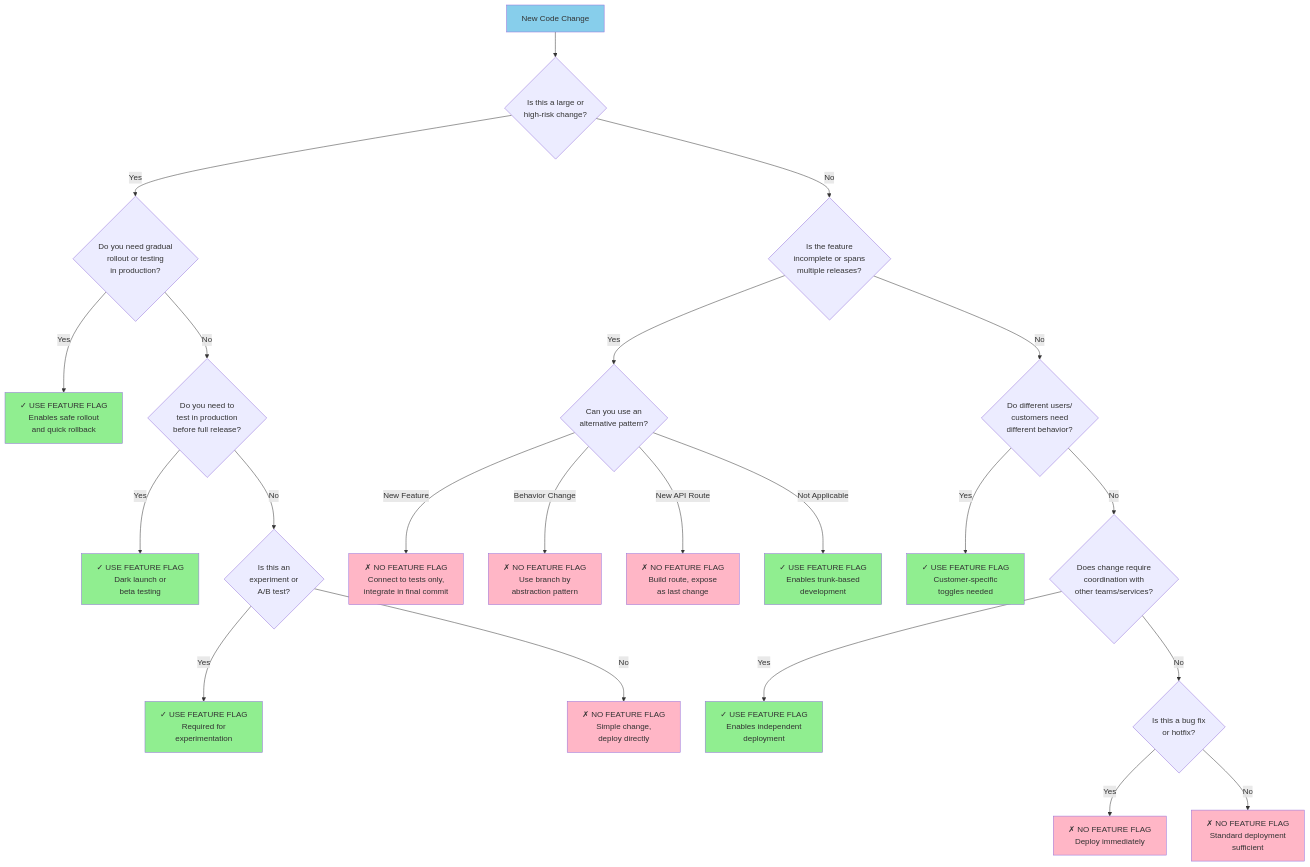
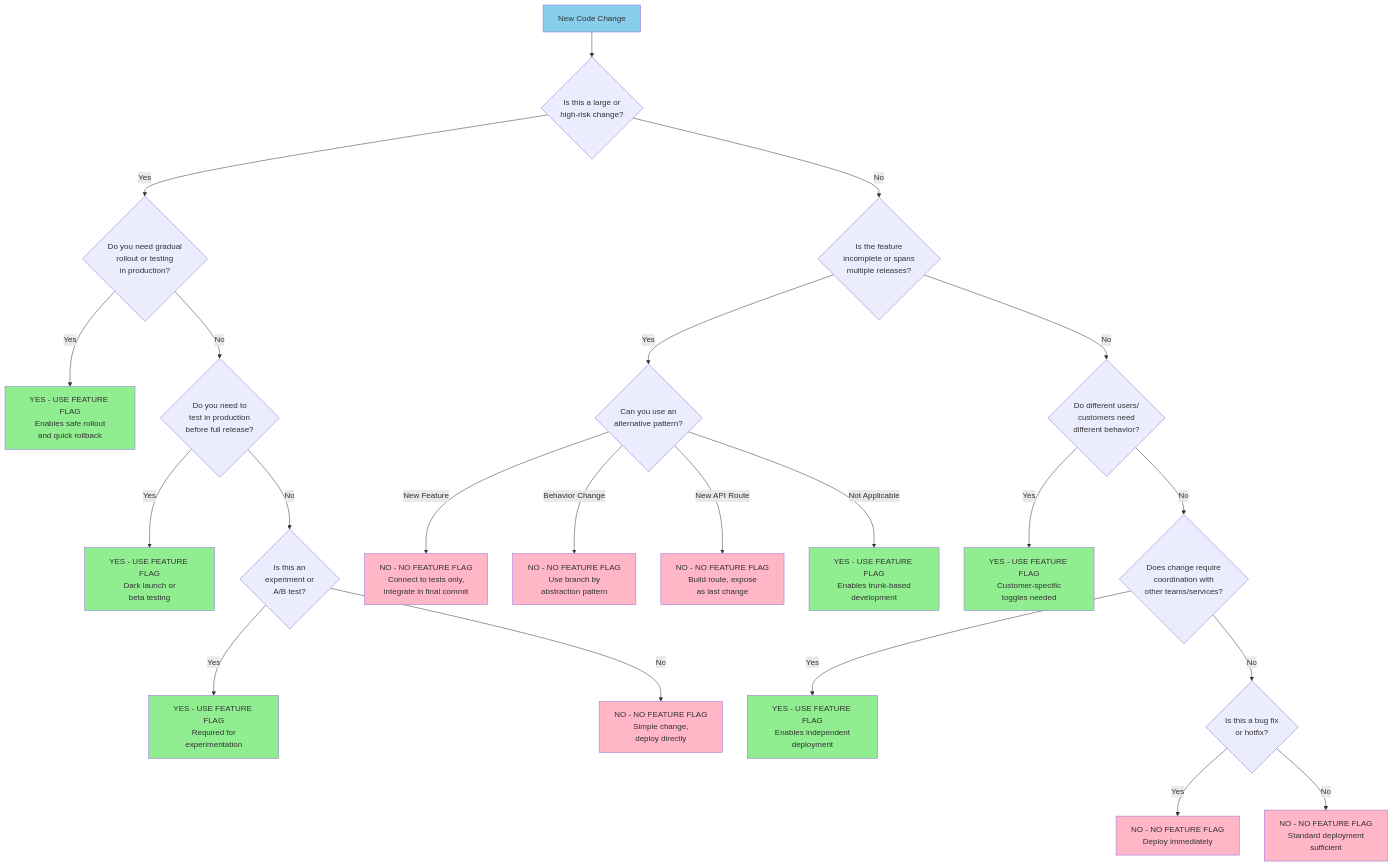
The diagram in content/Recommendations/FeatureFlags/_index.md (Minimum-CD/cd-manifesto), drawn with Mermaid before and after one commit. The commit also changed other lines of this file and 18 other files, not shown here.

````diff
--- a/content/Recommendations/FeatureFlags/_index.md
+++ b/content/Recommendations/FeatureFlags/_index.md
@@ -14,47 +14,47 @@
 ```mermaid
 graph TD
     Start[New Code Change] --> Q1{Is this a large or<br/>high-risk change?}
     
     Q1 -->|Yes| Q2{Do you need gradual<br/>rollout or testing<br/>in production?}
     Q1 -->|No| Q3{Is the feature<br/>incomplete or spans<br/>multiple releases?}
     
-    Q2 -->|Yes| UseFF1[✓ USE FEATURE FLAG<br/>Enables safe rollout<br/>and quick rollback]
+    Q2 -->|Yes| UseFF1[YES - USE FEATURE FLAG<br/>Enables safe rollout<br/>and quick rollback]
     Q2 -->|No| Q4{Do you need to<br/>test in production<br/>before full release?}
     
     Q3 -->|Yes| Q3A{Can you use an<br/>alternative pattern?}
     Q3 -->|No| Q5{Do different users/<br/>customers need<br/>different behavior?}
     
-    Q3A -->|New Feature| NoFF_NewFeature[✗ NO FEATURE FLAG<br/>Connect to tests only,<br/>integrate in final commit]
-    Q3A -->|Behavior Change| NoFF_Abstraction[✗ NO FEATURE FLAG<br/>Use branch by<br/>abstraction pattern]
-    Q3A -->|New API Route| NoFF_API[✗ NO FEATURE FLAG<br/>Build route, expose<br/>as last change]
-    Q3A -->|Not Applicable| UseFF2[✓ USE FEATURE FLAG<br/>Enables trunk-based<br/>development]
+    Q3A -->|New Feature| NoFF_NewFeature[NO - NO FEATURE FLAG<br/>Connect to tests only,<br/>integrate in final commit]
+    Q3A -->|Behavior Change| NoFF_Abstraction[NO - NO FEATURE FLAG<br/>Use branch by<br/>abstraction pattern]
+    Q3A -->|New API Route| NoFF_API[NO - NO FEATURE FLAG<br/>Build route, expose<br/>as last change]
+    Q3A -->|Not Applicable| UseFF2[YES - USE FEATURE FLAG<br/>Enables trunk-based<br/>development]
     
-    Q4 -->|Yes| UseFF3[✓ USE FEATURE FLAG<br/>Dark launch or<br/>beta testing]
+    Q4 -->|Yes| UseFF3[YES - USE FEATURE FLAG<br/>Dark launch or<br/>beta testing]
     Q4 -->|No| Q6{Is this an<br/>experiment or<br/>A/B test?}
     
-    Q5 -->|Yes| UseFF4[✓ USE FEATURE FLAG<br/>Customer-specific<br/>toggles needed]
+    Q5 -->|Yes| UseFF4[YES - USE FEATURE FLAG<br/>Customer-specific<br/>toggles needed]
     Q5 -->|No| Q7{Does change require<br/>coordination with<br/>other teams/services?}
     
-    Q6 -->|Yes| UseFF5[✓ USE FEATURE FLAG<br/>Required for<br/>experimentation]
-    Q6 -->|No| NoFF1[✗ NO FEATURE FLAG<br/>Simple change,<br/>deploy directly]
+    Q6 -->|Yes| UseFF5[YES - USE FEATURE FLAG<br/>Required for<br/>experimentation]
+    Q6 -->|No| NoFF1[NO - NO FEATURE FLAG<br/>Simple change,<br/>deploy directly]
     
-    Q7 -->|Yes| UseFF6[✓ USE FEATURE FLAG<br/>Enables independent<br/>deployment]
+    Q7 -->|Yes| UseFF6[YES - USE FEATURE FLAG<br/>Enables independent<br/>deployment]
     Q7 -->|No| Q8{Is this a bug fix<br/>or hotfix?}
     
-    Q8 -->|Yes| NoFF2[✗ NO FEATURE FLAG<br/>Deploy immediately]
-    Q8 -->|No| NoFF3[✗ NO FEATURE FLAG<br/>Standard deployment<br/>sufficient]
+    Q8 -->|Yes| NoFF2[NO - NO FEATURE FLAG<br/>Deploy immediately]
+    Q8 -->|No| NoFF3[NO - NO FEATURE FLAG<br/>Standard deployment<br/>sufficient]
     
     style UseFF1 fill:#90EE90
     style UseFF2 fill:#90EE90
     style UseFF3 fill:#90EE90
     style UseFF4 fill:#90EE90
     style UseFF5 fill:#90EE90
     style UseFF6 fill:#90EE90
     style NoFF1 fill:#FFB6C6
     style NoFF2 fill:#FFB6C6
     style NoFF3 fill:#FFB6C6
     style NoFF_NewFeature fill:#FFB6C6
     style NoFF_Abstraction fill:#FFB6C6
     style NoFF_API fill:#FFB6C6
     style Start fill:#87CEEB
 ```
````
